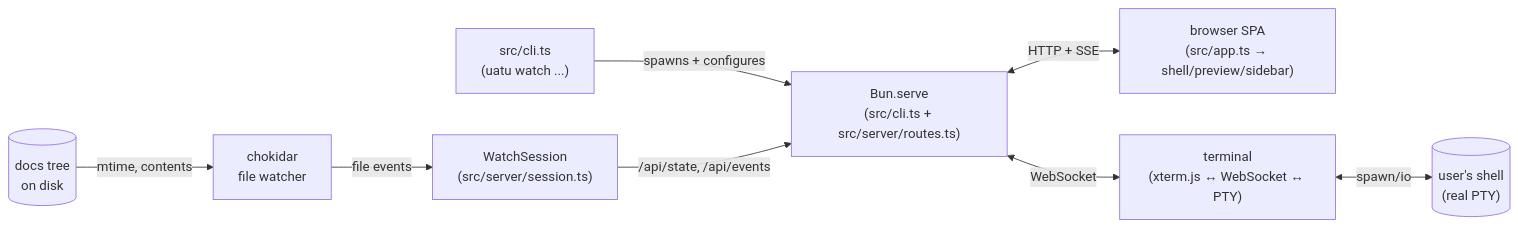
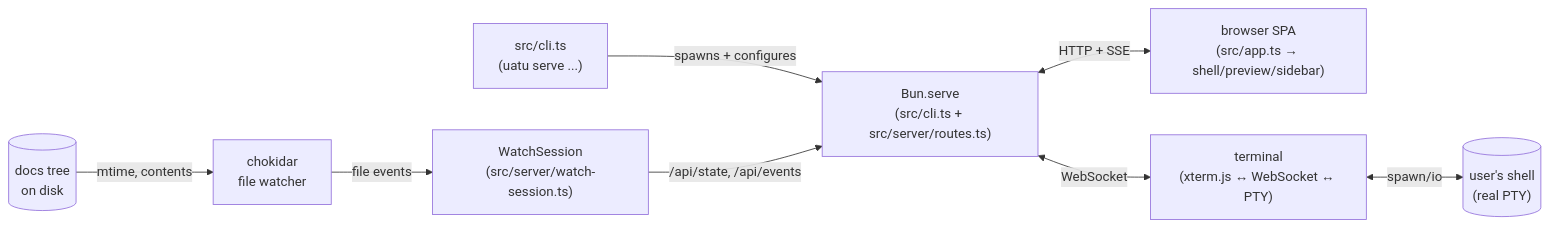
Before and after one commit to tjakobsson/uatu: the first of 5 diagrams in ARCHITECTURE.md, drawn with Mermaid. The commit also changed other lines of this file and 78 other files, not shown here.

First line of the commit message:
refactor!: serve-first CLI, server-core split, appState ownership, deprecation sweep (#97)

````diff
--- a/ARCHITECTURE.md
+++ b/ARCHITECTURE.md
@@ -13,19 +13,19 @@
 ```mermaid
 flowchart LR
-  CLI["src/cli.ts<br/>(uatu watch ...)"]
+  CLI["src/cli.ts<br/>(uatu serve ...)"]
   WS["chokidar<br/>file watcher"]
   Server["Bun.serve<br/>(src/cli.ts + src/server/routes.ts)"]
-  Session["WatchSession<br/>(src/server/session.ts)"]
+  Session["WatchSession<br/>(src/server/watch-session.ts)"]
   SPA["browser SPA<br/>(src/app.ts → shell/preview/sidebar)"]
   Term["terminal<br/>(xterm.js ↔ WebSocket ↔ PTY)"]
   FS[("docs tree<br/>on disk")]
   Term_PTY[("user's shell<br/>(real PTY)")]
 
   CLI -- spawns + configures --> Server
   WS -- file events --> Session
   FS -- mtime, contents --> WS
   Server <-- HTTP + SSE --> SPA
   Server <-- WebSocket --> Term
   Term <-- spawn/io --> Term_PTY
   Session -- /api/state, /api/events --> Server
 ```
````
